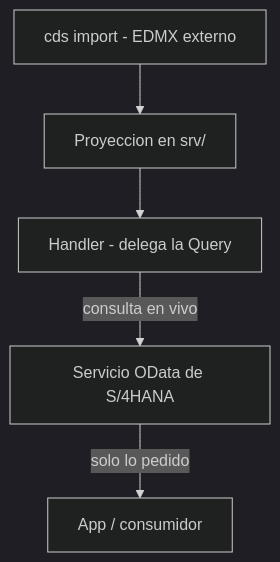
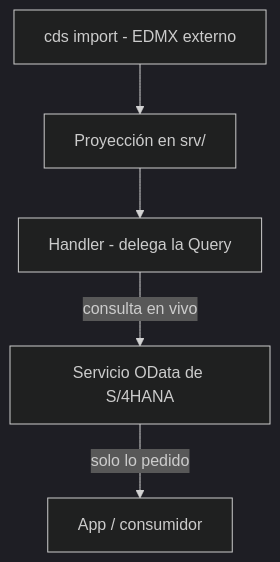
The diagram in es/cap-servicios-remotos-s4.mdx (logalitech/blog-content), drawn with Mermaid (dark theme) before and after one commit. The commit also changed other lines of this file and 49 other files, not shown here.

````diff
--- a/es/cap-servicios-remotos-s4.mdx
+++ b/es/cap-servicios-remotos-s4.mdx
@@ -21,7 +21,7 @@
 ```mermaid
 flowchart TD
-  I["cds import - EDMX externo"] --> P["Proyeccion en srv/"]
+  I["cds import - EDMX externo"] --> P["Proyección en srv/"]
   P --> H["Handler - delega la Query"]
   H -->|"consulta en vivo"| S4["Servicio OData de S/4HANA"]
   S4 -->|"solo lo pedido"| APP["App / consumidor"]
 ```
````
